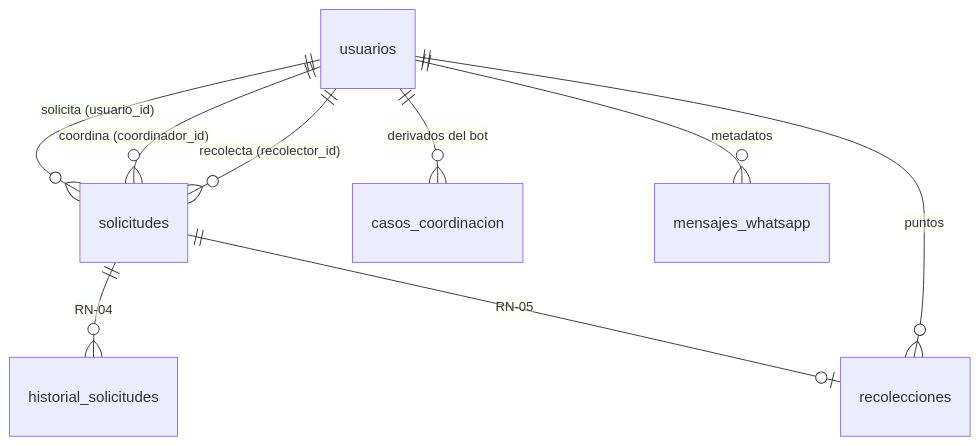
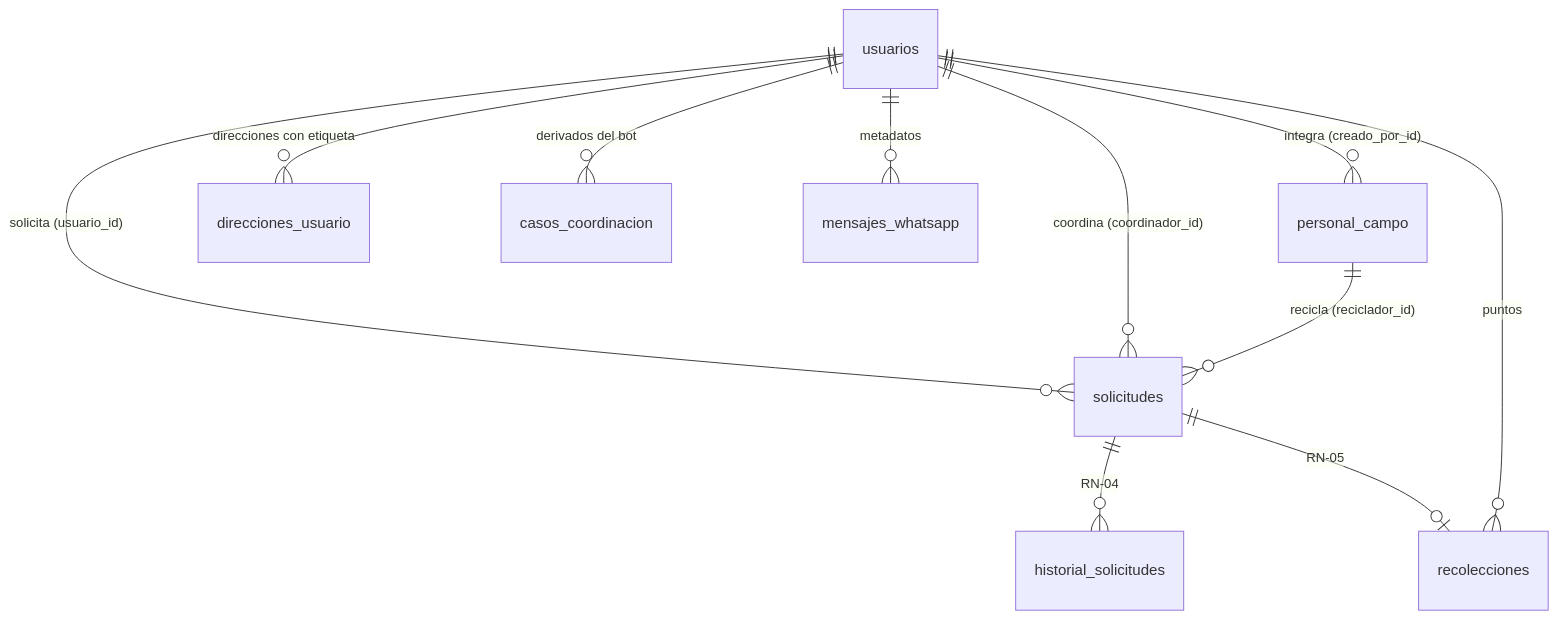
The second of 3 diagrams in docs/arquitectura.md (valejandrapd/EcoConecta-VGJ), drawn with Mermaid before and after one commit. The commit also changed other lines of this file and 33 other files, not shown here.

````diff
--- a/docs/arquitectura.md
+++ b/docs/arquitectura.md
@@ -47,11 +47,13 @@
 ```mermaid
 erDiagram
     usuarios ||--o{ solicitudes : "solicita (usuario_id)"
     usuarios ||--o{ solicitudes : "coordina (coordinador_id)"
-    usuarios ||--o{ solicitudes : "recolecta (recolector_id)"
+    personal_campo ||--o{ solicitudes : "recicla (reciclador_id)"
+    usuarios ||--o{ personal_campo : "integra (creado_por_id)"
+    usuarios ||--o{ direcciones_usuario : "direcciones con etiqueta"
     solicitudes ||--o{ historial_solicitudes : "RN-04"
     solicitudes ||--o| recolecciones : "RN-05"
     usuarios ||--o{ recolecciones : "puntos"
     usuarios ||--o{ casos_coordinacion : "derivados del bot"
     usuarios ||--o{ mensajes_whatsapp : "metadatos"
 ```
````
